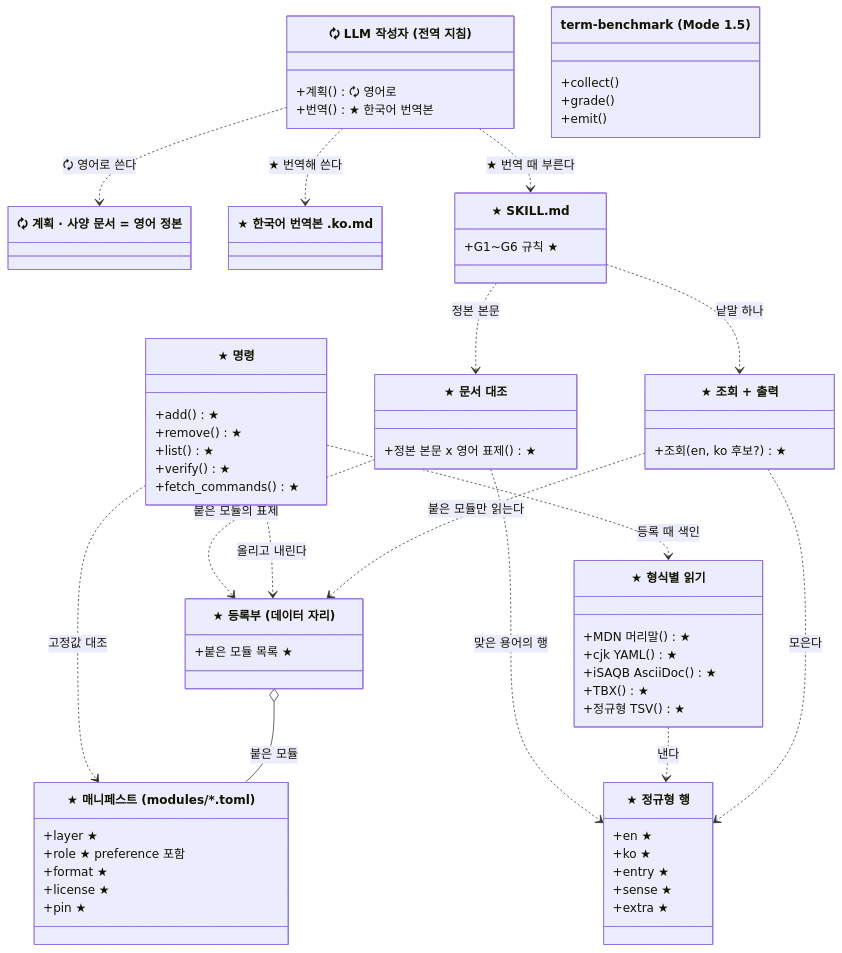
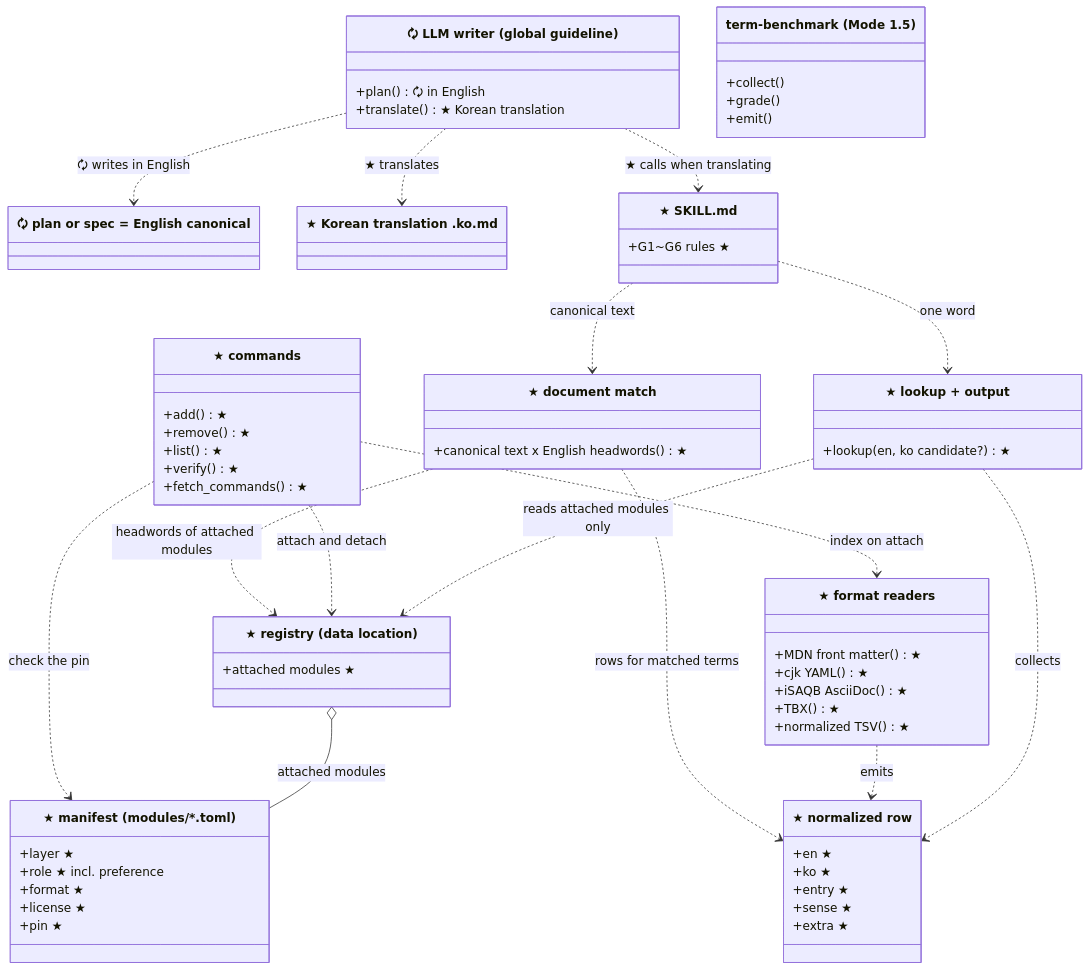
The second of 9 diagrams in docs/superpowers/plans/2026-10-28-ko-dev-terms.md (DogGuyMan/Agent-Report-Build-Pipeline), drawn with Mermaid before and after one commit. The commit also changed other lines of this file and 1 other file, not shown here.

Commit message:
[docs] : plans - ko-dev-terms 계획을 영어 정본과 한국어 번역본 두 파일로

````diff
--- a/docs/superpowers/plans/2026-10-28-ko-dev-terms.md
+++ b/docs/superpowers/plans/2026-10-28-ko-dev-terms.md
@@ -162,68 +170,68 @@
 ```mermaid
 classDiagram
-    class Writer["🗘 LLM 작성자 (전역 지침)"] {
-        +계획() 🗘 영어로
-        +번역() ★ 한국어 번역본
+    class Writer["🗘 LLM writer (global guideline)"] {
+        +plan() 🗘 in English
+        +translate() ★ Korean translation
     }
-    class Doc["🗘 계획 · 사양 문서 = 영어 정본"]
-    class KoDoc["★ 한국어 번역본 .ko.md"]
+    class Doc["🗘 plan or spec = English canonical"]
+    class KoDoc["★ Korean translation .ko.md"]
     class TermBench["term-benchmark (Mode 1.5)"] {
         +collect()
         +grade()
         +emit()
     }
     class Skill["★ SKILL.md"] {
-        +G1~G6 규칙 ★
+        +G1~G6 rules ★
     }
-    class Matcher["★ 문서 대조"] {
-        +정본 본문 x 영어 표제() ★
+    class Matcher["★ document match"] {
+        +canonical text x English headwords() ★
     }
-    class Cli["★ 명령"] {
+    class Cli["★ commands"] {
         +add() ★
         +remove() ★
         +list() ★
         +verify() ★
         +fetch_commands() ★
     }
-    class Registry["★ 등록부 (데이터 자리)"] {
-        +붙은 모듈 목록 ★
+    class Registry["★ registry (data location)"] {
+        +attached modules ★
     }
-    class Manifest["★ 매니페스트 (modules/*.toml)"] {
+    class Manifest["★ manifest (modules/*.toml)"] {
         +layer ★
-        +role ★ preference 포함
+        +role ★ incl. preference
         +format ★
         +license ★
         +pin ★
     }
-    class Reader["★ 형식별 읽기"] {
-        +MDN 머리말() ★
+    class Reader["★ format readers"] {
+        +MDN front matter() ★
         +cjk YAML() ★
         +iSAQB AsciiDoc() ★
         +TBX() ★
-        +정규형 TSV() ★
+        +normalized TSV() ★
     }
-    class Row["★ 정규형 행"] {
+    class Row["★ normalized row"] {
         +en ★
         +ko ★
         +entry ★
         +sense ★
         +extra ★
     }
-    class Query["★ 조회 + 출력"] {
-        +조회(en, ko 후보?) ★
+    class Query["★ lookup + output"] {
+        +lookup(en, ko candidate?) ★
     }
-    Writer ..> Doc : 🗘 영어로 쓴다
-    Writer ..> KoDoc : ★ 번역해 쓴다
-    Writer ..> Skill : ★ 번역 때 부른다
-    Skill ..> Matcher : 정본 본문
-    Skill ..> Query : 낱말 하나
-    Matcher ..> Registry : 붙은 모듈의 표제
-    Matcher ..> Row : 맞은 용어의 행
-    Cli ..> Registry : 올리고 내린다
-    Cli ..> Manifest : 고정값 대조
-    Registry o-- Manifest : 붙은 모듈
-    Reader ..> Row : 낸다
-    Cli ..> Reader : 등록 때 색인
-    Query ..> Registry : 붙은 모듈만 읽는다
-    Query ..> Row : 모은다
+    Writer ..> Doc : 🗘 writes in English
+    Writer ..> KoDoc : ★ translates
+    Writer ..> Skill : ★ calls when translating
+    Skill ..> Matcher : canonical text
+    Skill ..> Query : one word
+    Matcher ..> Registry : headwords of attached modules
+    Matcher ..> Row : rows for matched terms
+    Cli ..> Registry : attach and detach
+    Cli ..> Manifest : check the pin
+    Registry o-- Manifest : attached modules
+    Reader ..> Row : emits
+    Cli ..> Reader : index on attach
+    Query ..> Registry : reads attached modules only
+    Query ..> Row : collects
 ```
````
